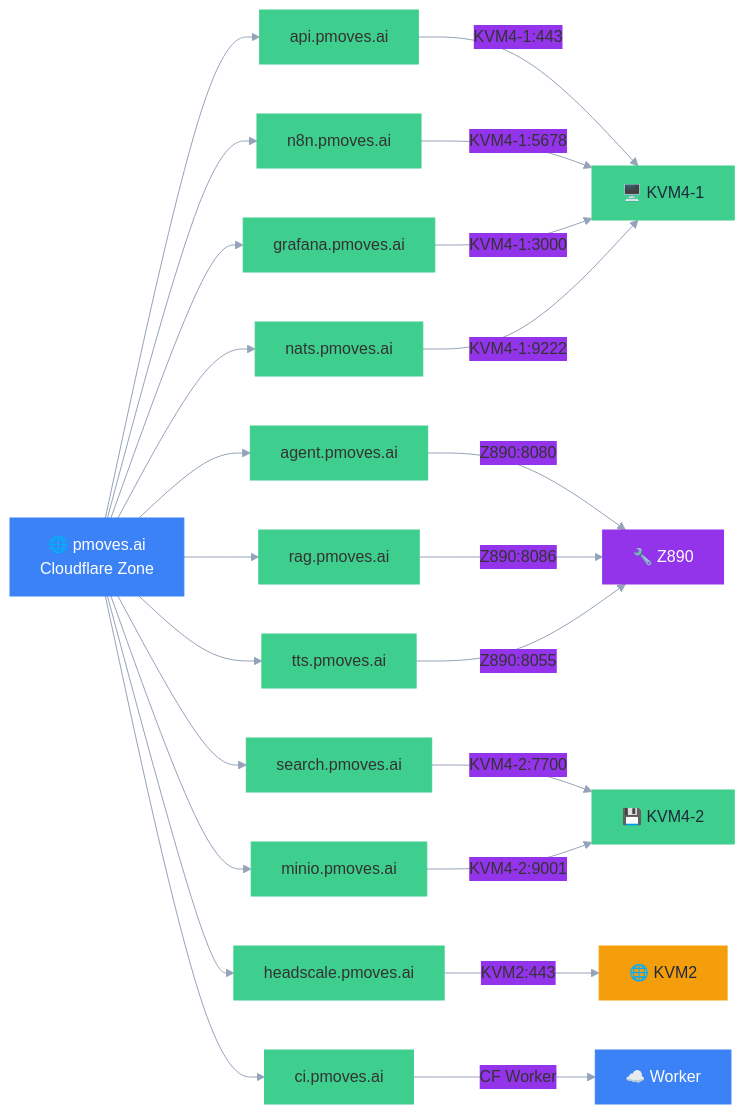
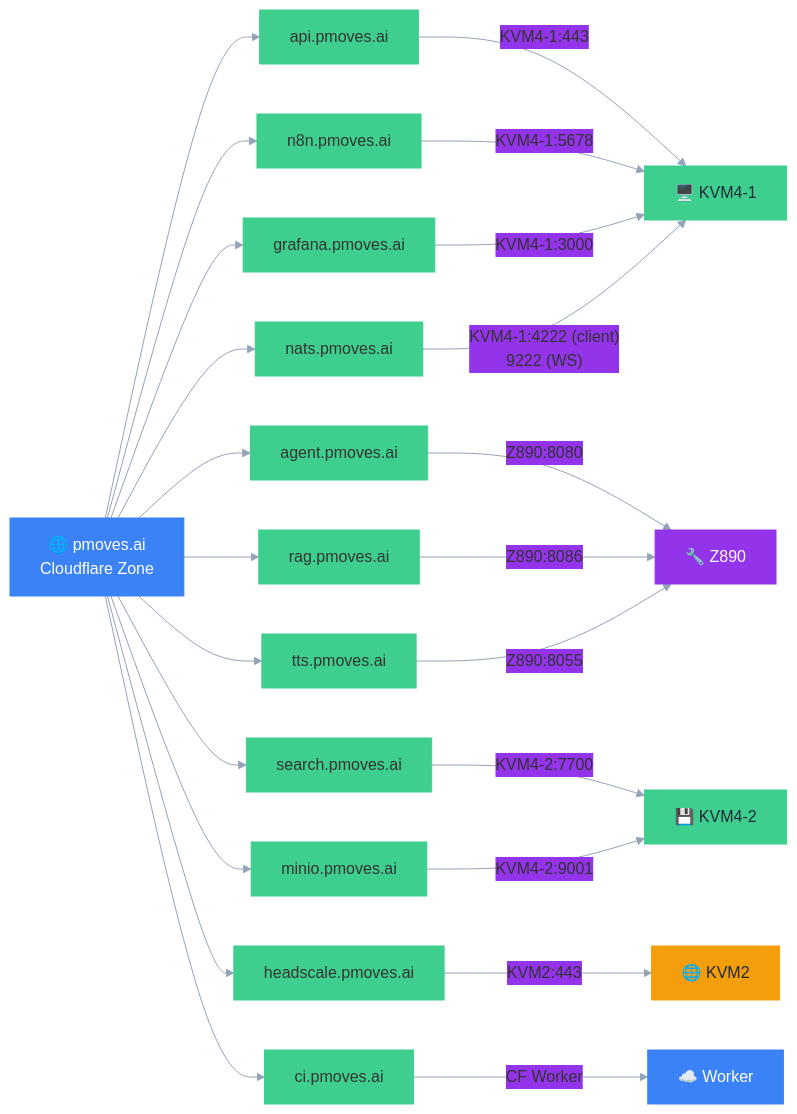
The diagram in pmoves/docs/operations/diagrams/dns-subdomain-map.mmd (POWERFULMOVES/PMOVES.AI), drawn with Mermaid before and after one commit. The commit also changed 3 other files, not shown here.

```diff
--- a/pmoves/docs/operations/diagrams/dns-subdomain-map.mmd
+++ b/pmoves/docs/operations/diagrams/dns-subdomain-map.mmd
@@ -1,40 +1,40 @@
 %%{init: {'theme':'base', 'themeVariables': {
   'primaryColor': '#3ecf8e',
   'primaryBorderColor': '#3ecf8e',
   'secondaryColor': '#9333ea',
   'background': 'transparent',
   'lineColor': '#94a3b8'
 }}}%%
 flowchart LR
     Zone["🌐 pmoves.ai<br/>Cloudflare Zone"]
 
     Zone --> api["api.pmoves.ai"]
     Zone --> agent["agent.pmoves.ai"]
     Zone --> rag["rag.pmoves.ai"]
     Zone --> tts["tts.pmoves.ai"]
     Zone --> n8n["n8n.pmoves.ai"]
     Zone --> grafana["grafana.pmoves.ai"]
     Zone --> search["search.pmoves.ai"]
     Zone --> nats["nats.pmoves.ai"]
     Zone --> minio["minio.pmoves.ai"]
     Zone --> headscale["headscale.pmoves.ai"]
     Zone --> ci["ci.pmoves.ai"]
 
     api -->|"KVM4-1:443"| KVM41["🖥️ KVM4-1"]
     agent -->|"Z890:8080"| Z890A["🔧 Z890"]
     rag -->|"Z890:8086"| Z890A
     tts -->|"Z890:8055"| Z890A
     n8n -->|"KVM4-1:5678"| KVM41
     grafana -->|"KVM4-1:3000"| KVM41
     search -->|"KVM4-2:7700"| KVM42["💾 KVM4-2"]
-    nats -->|"KVM4-1:9222"| KVM41
+    nats -->|"KVM4-1:4222 (client)<br/>9222 (WS)"| KVM41
     minio -->|"KVM4-2:9001"| KVM42
     headscale -->|"KVM2:443"| KVM2["🌐 KVM2"]
     ci -->|"CF Worker"| CFW["☁️ Worker"]
 
     style Zone fill:#3b82f6,stroke:#3b82f6,color:#fff
     style KVM41 fill:#3ecf8e,stroke:#3ecf8e,color:#1e293b
     style KVM42 fill:#3ecf8e,stroke:#3ecf8e,color:#1e293b
     style Z890A fill:#9333ea,stroke:#9333ea,color:#fff
     style KVM2 fill:#f59e0b,stroke:#f59e0b,color:#1e293b
     style CFW fill:#3b82f6,stroke:#3b82f6,color:#fff
```
